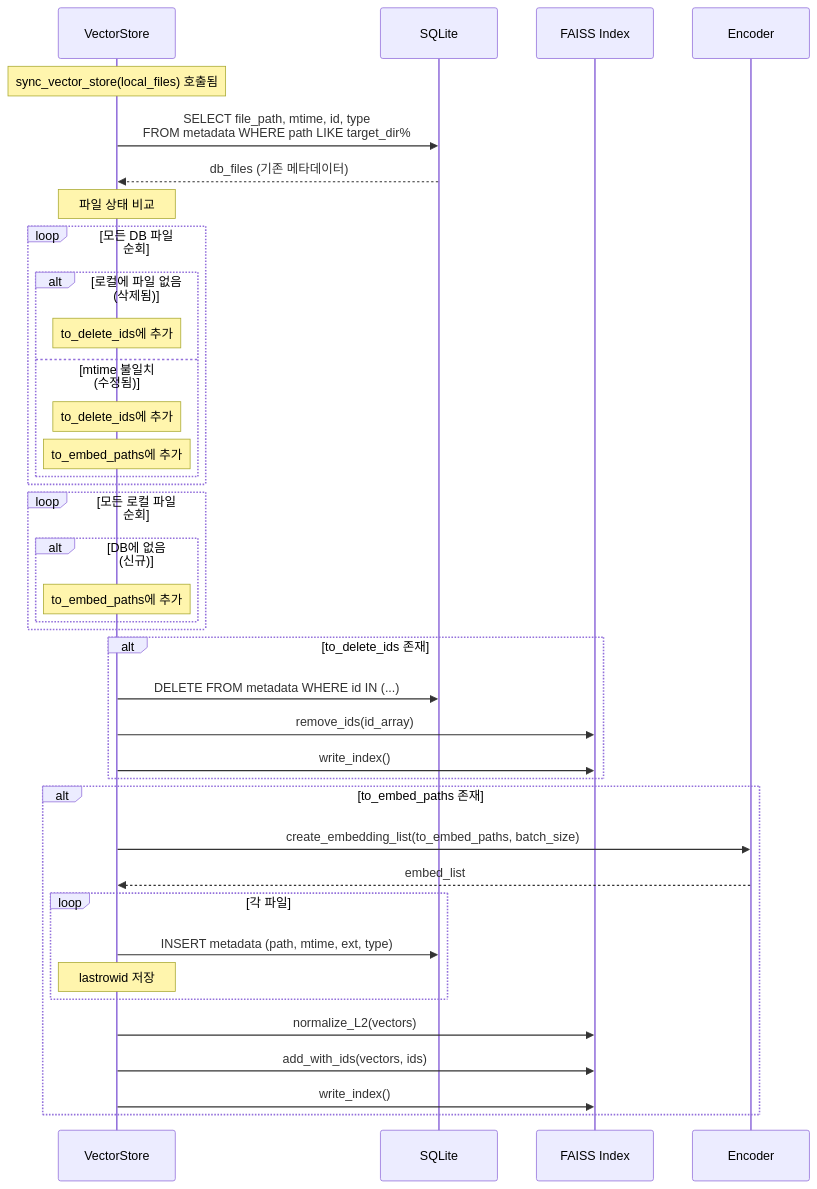
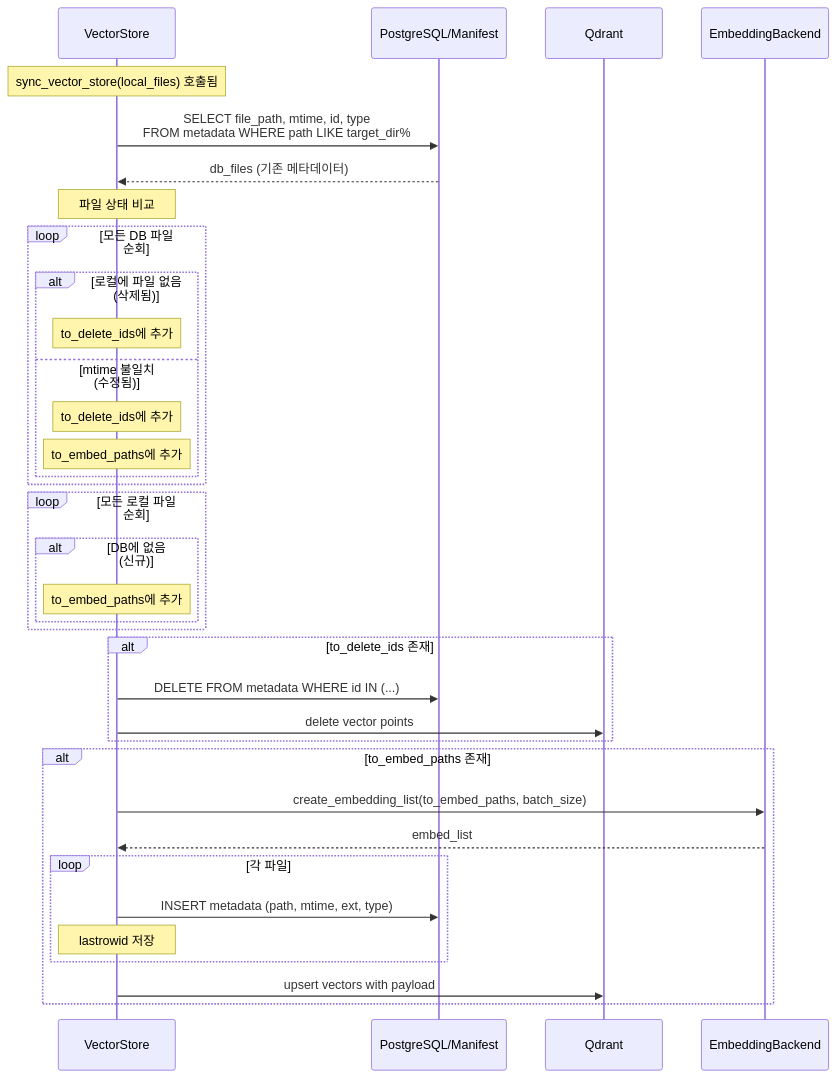
One commit to figure-2/LocalLens changed the second of 3 diagrams in README.md. Above: the diagram before and after it, drawn with Mermaid. The commit also changed other lines of this file and 53 other files, not shown here.

Commit message:
docs: document AX architecture evaluation and public boundaries

````diff
--- a/README.md
+++ b/README.md
@@ -119,49 +132,46 @@
 ```mermaid
 sequenceDiagram
     participant VS as VectorStore
-    participant DB as SQLite
-    participant FAISS as FAISS Index
-    participant Enc as Encoder
+    participant DB as PostgreSQL/Manifest
+    participant VDB as Qdrant
+    participant Enc as EmbeddingBackend
 
     Note over VS: sync_vector_store(local_files) 호출됨
 
     VS->>DB: SELECT file_path, mtime, id, type<br/>FROM metadata WHERE path LIKE target_dir%
     DB-->>VS: db_files (기존 메타데이터)
 
     Note over VS: 파일 상태 비교
 
     loop 모든 DB 파일 순회
         alt 로컬에 파일 없음 (삭제됨)
             Note over VS: to_delete_ids에 추가
         else mtime 불일치 (수정됨)
             Note over VS: to_delete_ids에 추가
             Note over VS: to_embed_paths에 추가
         end
     end
 
     loop 모든 로컬 파일 순회
         alt DB에 없음 (신규)
             Note over VS: to_embed_paths에 추가
         end
     end
 
     alt to_delete_ids 존재
         VS->>DB: DELETE FROM metadata WHERE id IN (...)
-        VS->>FAISS: remove_ids(id_array)
-        VS->>FAISS: write_index()
+        VS->>VDB: delete vector points
     end
 
     alt to_embed_paths 존재
         VS->>Enc: create_embedding_list(to_embed_paths, batch_size)
         Enc-->>VS: embed_list
 
         loop 각 파일
             VS->>DB: INSERT metadata (path, mtime, ext, type)
             Note over VS: lastrowid 저장
         end
 
-        VS->>FAISS: normalize_L2(vectors)
-        VS->>FAISS: add_with_ids(vectors, ids)
-        VS->>FAISS: write_index()
+        VS->>VDB: upsert vectors with payload
     end
 ```
````
